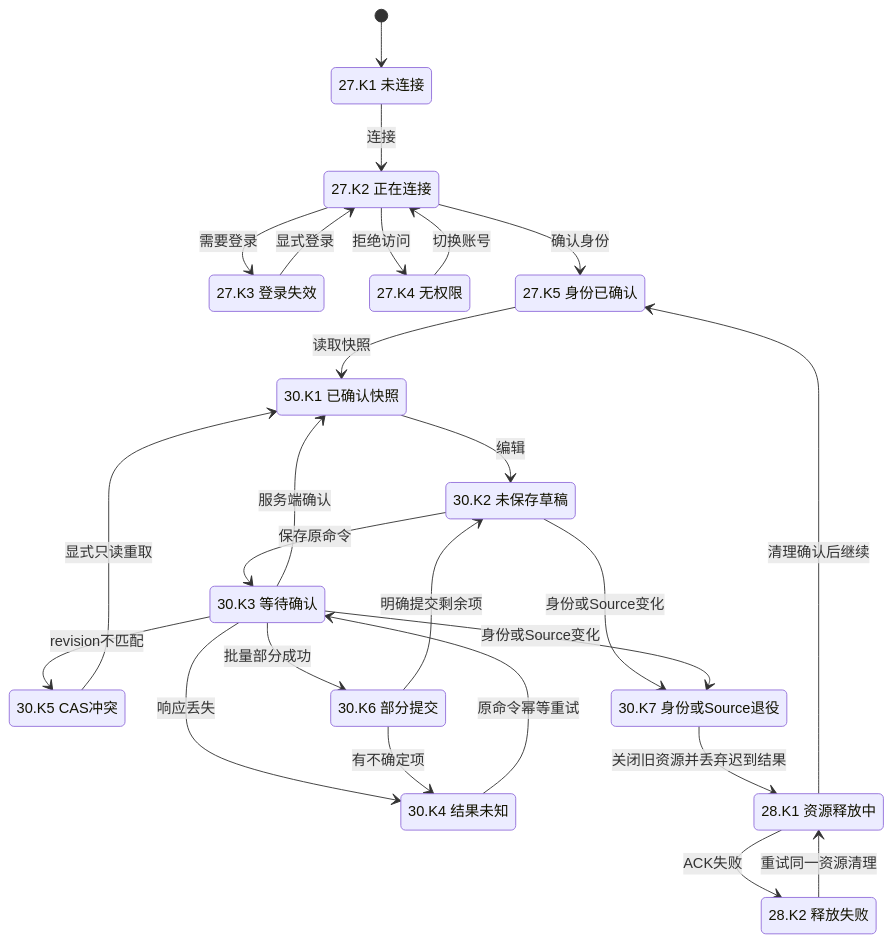
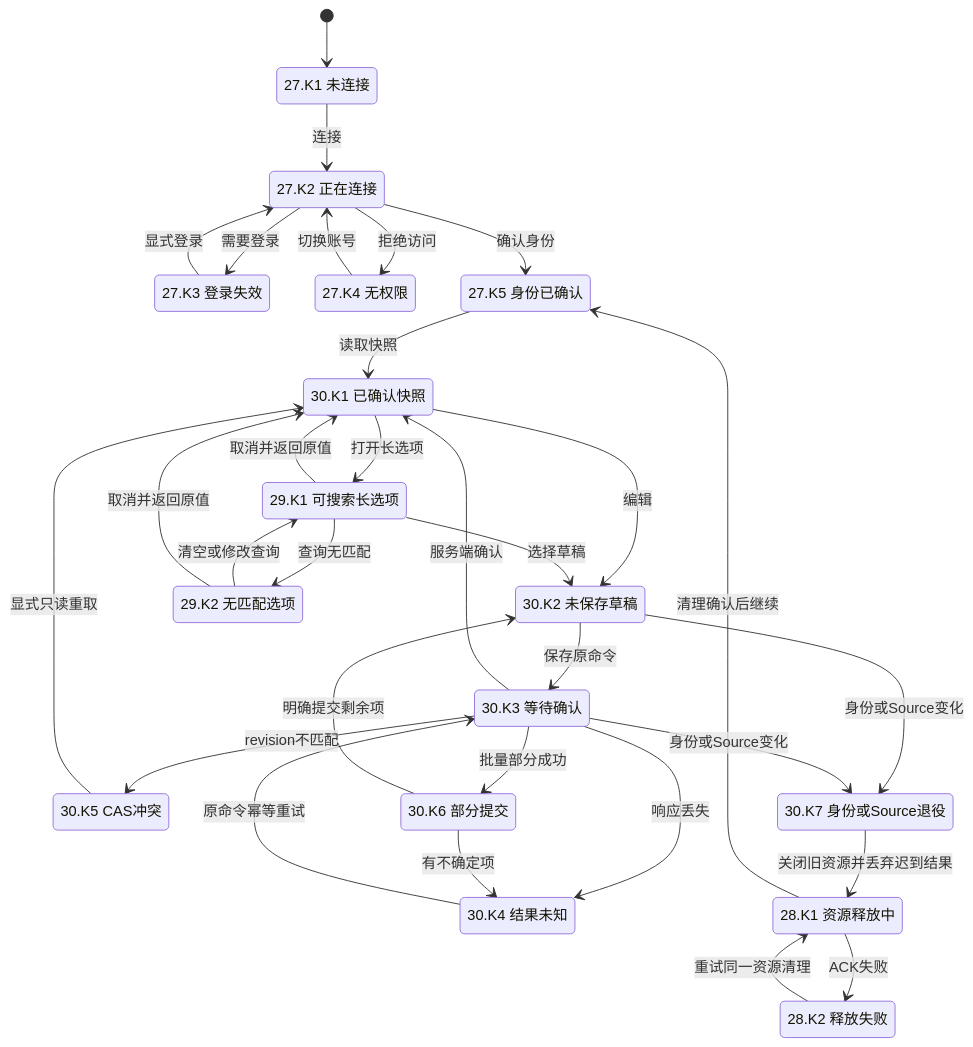
The seventh of 9 diagrams in docs/verification/mihon-state-coverage.md (Wybxc/karuyomi), drawn with Mermaid before and after one commit. The commit also changed other lines of this file and 21 other files, not shown here.

````diff
--- a/docs/verification/mihon-state-coverage.md
+++ b/docs/verification/mihon-state-coverage.md
@@ -811,41 +806,49 @@
 ```mermaid
 stateDiagram-v2
     [*] --> K0
     state "27.K1 未连接" as K0
     state "27.K2 正在连接" as K1
     state "27.K3 登录失效" as K2
     state "27.K4 无权限" as K3
     state "27.K5 身份已确认" as K4
     state "30.K1 已确认快照" as K5
     state "30.K2 未保存草稿" as K6
     state "30.K3 等待确认" as K7
     state "30.K4 结果未知" as K8
     state "30.K5 CAS冲突" as K9
     state "30.K6 部分提交" as K10
     state "30.K7 身份或Source退役" as K11
     state "28.K1 资源释放中" as K12
     state "28.K2 释放失败" as K13
+    state "29.K1 可搜索长选项" as Q0
+    state "29.K2 无匹配选项" as Q1
     K0 --> K1: 连接
     K1 --> K2: 需要登录
     K1 --> K3: 拒绝访问
     K1 --> K4: 确认身份
     K2 --> K1: 显式登录
     K3 --> K1: 切换账号
     K4 --> K5: 读取快照
     K5 --> K6: 编辑
     K6 --> K7: 保存原命令
     K7 --> K5: 服务端确认
     K7 --> K8: 响应丢失
     K8 --> K7: 原命令幂等重试
     K7 --> K9: revision不匹配
     K9 --> K5: 显式只读重取
     K7 --> K10: 批量部分成功
     K10 --> K8: 有不确定项
     K10 --> K6: 明确提交剩余项
     K6 --> K11: 身份或Source变化
     K7 --> K11: 身份或Source变化
     K11 --> K12: 关闭旧资源并丢弃迟到结果
     K12 --> K13: ACK失败
     K13 --> K12: 重试同一资源清理
     K12 --> K4: 清理确认后继续
+    K5 --> Q0: 打开长选项
+    Q0 --> Q1: 查询无匹配
+    Q1 --> Q0: 清空或修改查询
+    Q0 --> K6: 选择草稿
+    Q0 --> K5: 取消并返回原值
+    Q1 --> K5: 取消并返回原值
 ```
````
